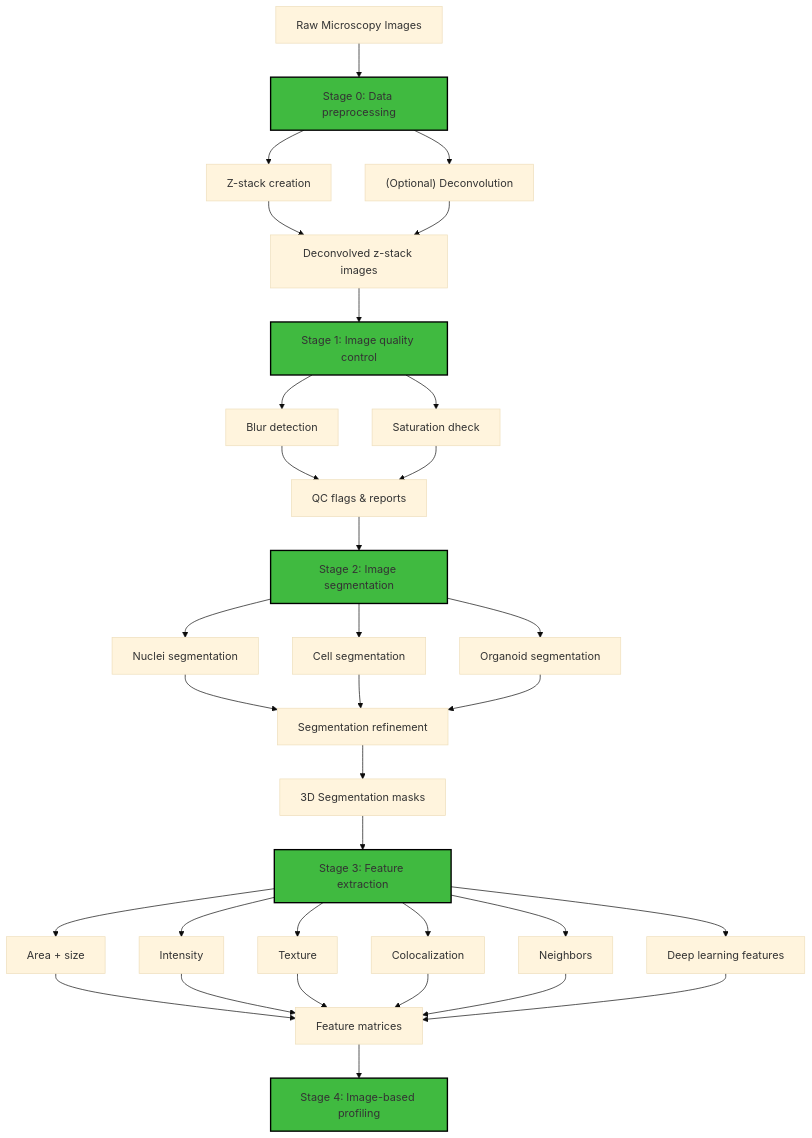
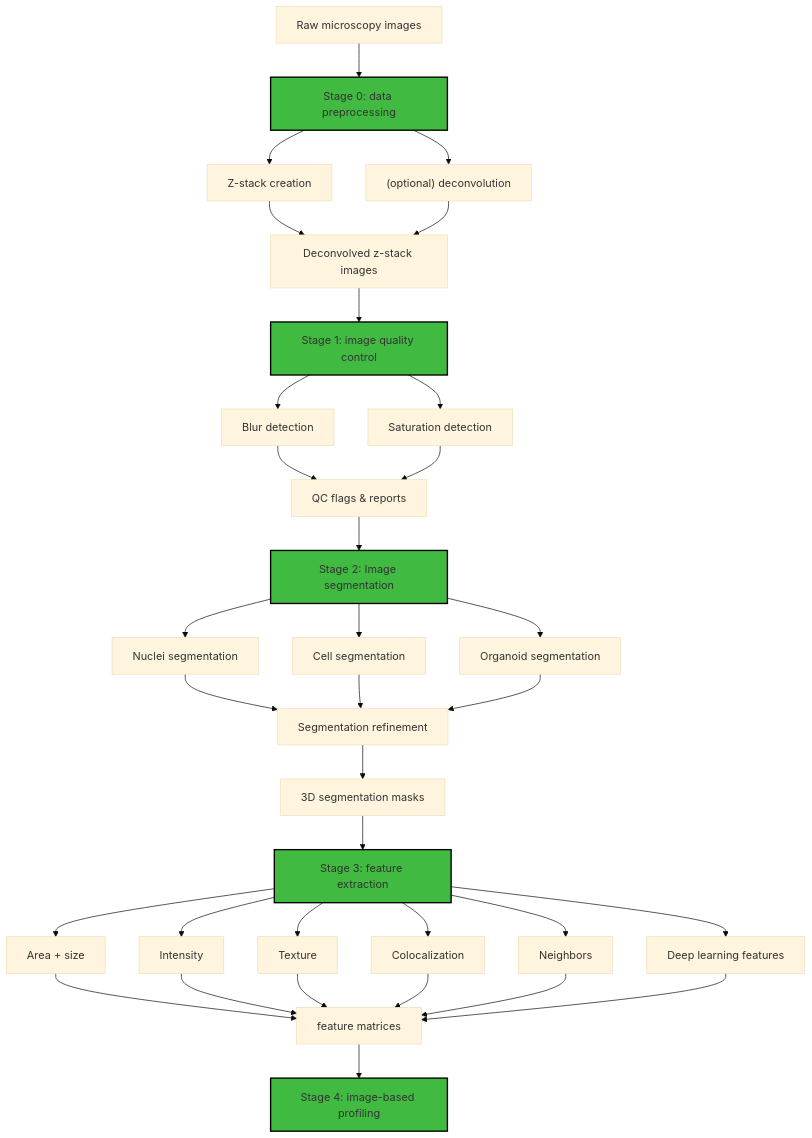
One commit to WayScience/NF1_3D_organoid_profiling_pipeline changed the first of 4 diagrams in README.md. Above: the diagram before and after it, drawn with Mermaid (base theme). The commit also changed other lines of this file and 23 other files, not shown here.

````diff
--- a/README.md
+++ b/README.md
@@ -51,54 +42,54 @@
 ```mermaid
 flowchart TD
-   A[Raw Microscopy Images] --> B[Stage 0: Data preprocessing]
+   A[Raw microscopy images] --> B[Stage 0: data preprocessing]
 
    B --> C1[Z-stack creation]
-   B --> C2["(Optional) Deconvolution"]
+   B --> C2["(optional) deconvolution"]
 
    C1 --> D[Deconvolved z-stack images]
    C2 --> D
 
-   D --> E[Stage 1: Image quality control]
+   D --> E[Stage 1: image quality control]
 
    E --> F1[Blur detection]
-   E --> F2[Saturation dheck]
+   E --> F2[Saturation detection]
 
    F1 --> G[QC flags & reports]
    F2 --> G
 
    G --> H[Stage 2: Image segmentation]
 
    H --> I1[Nuclei segmentation]
    H --> I2[Cell segmentation]
    H --> I3[Organoid segmentation]
 
    I1 --> J[Segmentation refinement]
    I2 --> J
    I3 --> J
 
-   J --> K[3D Segmentation masks]
+   J --> K[3D segmentation masks]
 
-   K --> L[Stage 3: Feature extraction]
+   K --> L[Stage 3: feature extraction]
 
    L --> M1[Area + size]
    L --> M2[Intensity]
    L --> M3[Texture]
    L --> M4[Colocalization]
    L --> M5[Neighbors]
    L --> M6[Deep learning features]
 
-   M1 --> N[Feature matrices]
+   M1 --> N[feature matrices]
    M2 --> N
    M3 --> N
    M4 --> N
    M5 --> N
    M6 --> N
 
-   N --> O[Stage 4: Image-based profiling]
+   N --> O[Stage 4: image-based profiling]
 
    style B fill:#40BA40,stroke:#000,stroke-width:2px
    style E fill:#40BA40,stroke:#000,stroke-width:2px
    style H fill:#40BA40,stroke:#000,stroke-width:2px
    style L fill:#40BA40,stroke:#000,stroke-width:2px
    style O fill:#40BA40,stroke:#000,stroke-width:2px
 ```
````
